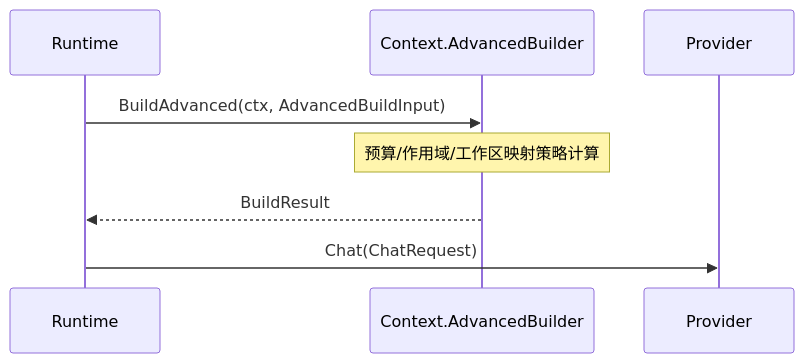
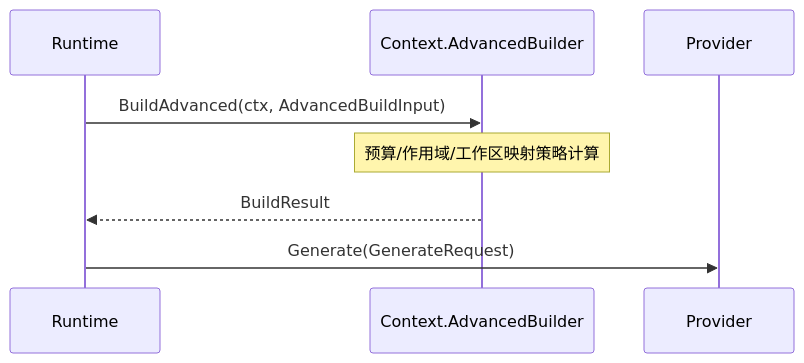
One commit to pionxe/neo-code changed the second of 2 diagrams in docs/architecture/context/README.md. Above: the diagram before and after it, drawn with Mermaid. The commit also changed other lines of this file and 5 other files, not shown here.

````diff
--- a/docs/architecture/context/README.md
+++ b/docs/architecture/context/README.md
@@ -67,11 +67,11 @@
 ```mermaid
 sequenceDiagram
     participant RT as Runtime
     participant CTX as Context.AdvancedBuilder
     participant PV as Provider
 
     RT->>CTX: BuildAdvanced(ctx, AdvancedBuildInput)
     Note over CTX: 预算/作用域/工作区映射策略计算
     CTX-->>RT: BuildResult
-    RT->>PV: Chat(ChatRequest)
+    RT->>PV: Generate(GenerateRequest)
 ```
````
